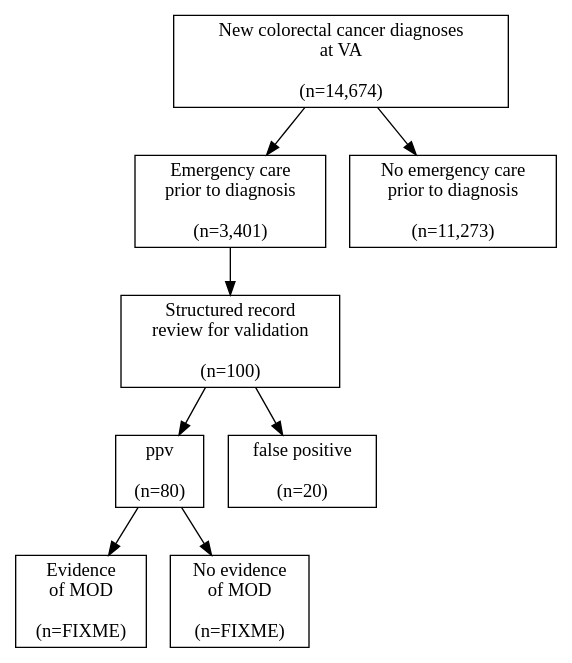
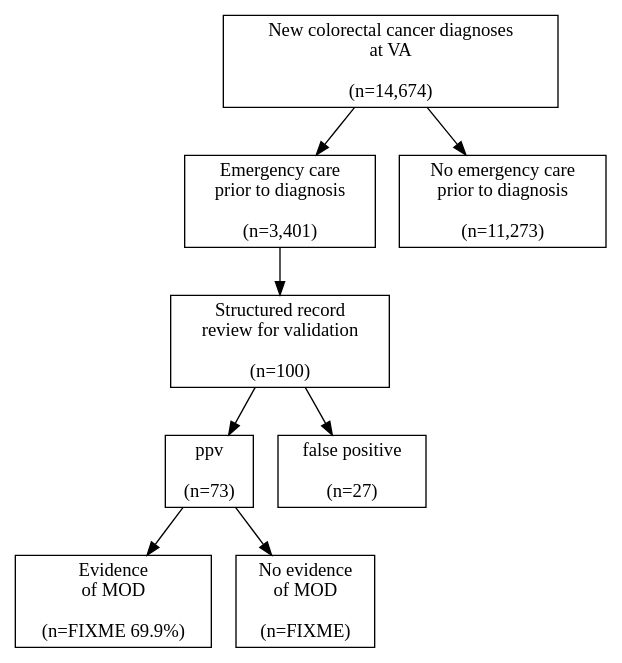
The diagram in consort.dot (zimolzak/MooreMeasures), drawn with Graphviz before and after one commit.

Commit message:
Say percent. Make compact. Probably as far as I can get.

```diff
--- a/consort.dot
+++ b/consort.dot
@@ -1,36 +1,21 @@
 digraph{
 
-# Nodes
-
 cancer_dx[shape=rectangle, label="New colorectal cancer diagnoses\nat VA\n\n(n=14,674)"]
-
 emerg[shape=rectangle, label="Emergency care\nprior to diagnosis\n\n(n=3,401)"]
-
 no_emerg[shape=rectangle, label="No emergency care\nprior to diagnosis\n\n(n=11,273)"]
+cancer_dx -> emerg
+cancer_dx -> no_emerg
 
 review_sample[shape=rectangle, label="Structured record\nreview for validation\n\n(n=100)"]
-
-ppv[shape=rectangle, label="ppv\n\n(n=80)"]
-
-fp[shape=rectangle, label="false positive\n\n(n=20)"]
-
-yes_MOD[shape=rectangle, label="Evidence\nof MOD\n\n(n=FIXME)"]
-
-no_MOD[shape=rectangle, label="No evidence\nof MOD\n\n(n=FIXME)"]
-
-
-
-
-# Edges
-
-cancer_dx -> emerg
-cancer_dx -> no_emerg
 emerg -> review_sample
 
+ppv[shape=rectangle, label="ppv\n\n(n=73)"]
+fp[shape=rectangle, label="false positive\n\n(n=27)"]
 review_sample -> ppv
 review_sample -> fp
 
+yes_MOD[shape=rectangle, label="Evidence\nof MOD\n\n(n=FIXME 69.9%)"]
+no_MOD[shape=rectangle, label="No evidence\nof MOD\n\n(n=FIXME)"]
 ppv -> yes_MOD
 ppv -> no_MOD
-
 }
```
